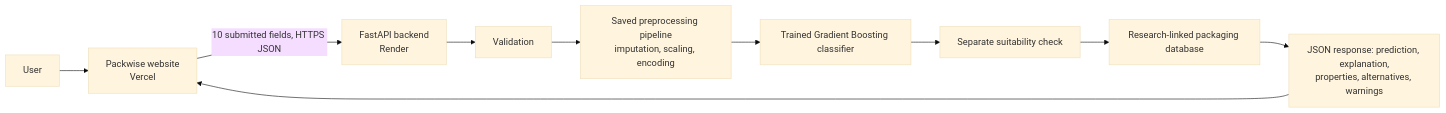
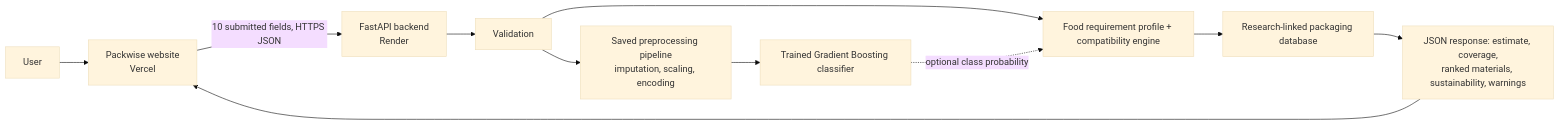
One commit to Shiladittya01/packwise-sih-26236 changed the diagram in README.md. Above: the diagram before and after it, drawn with Mermaid (base theme). The commit also changed other lines of this file and 21 other files, not shown here.

````diff
--- a/README.md
+++ b/README.md
@@ -17,12 +17,13 @@
 ```mermaid
 flowchart LR
   U[User] --> F[Packwise website<br/>Vercel]
   F -->|10 submitted fields, HTTPS JSON| A[FastAPI backend<br/>Render]
   A --> V[Validation]
   V --> P[Saved preprocessing pipeline<br/>imputation, scaling, encoding]
   P --> M[Trained Gradient Boosting classifier]
-  M --> S[Separate suitability check]
-  S --> D[Research-linked packaging database]
-  D --> R[JSON response: prediction, explanation,<br/>properties, alternatives, warnings]
+  V --> C[Food requirement profile + compatibility engine]
+  M -. optional class probability .-> C
+  C --> D[Research-linked packaging database]
+  D --> R[JSON response: estimate, coverage,<br/>ranked materials, sustainability, warnings]
   R --> F
 ```
````
